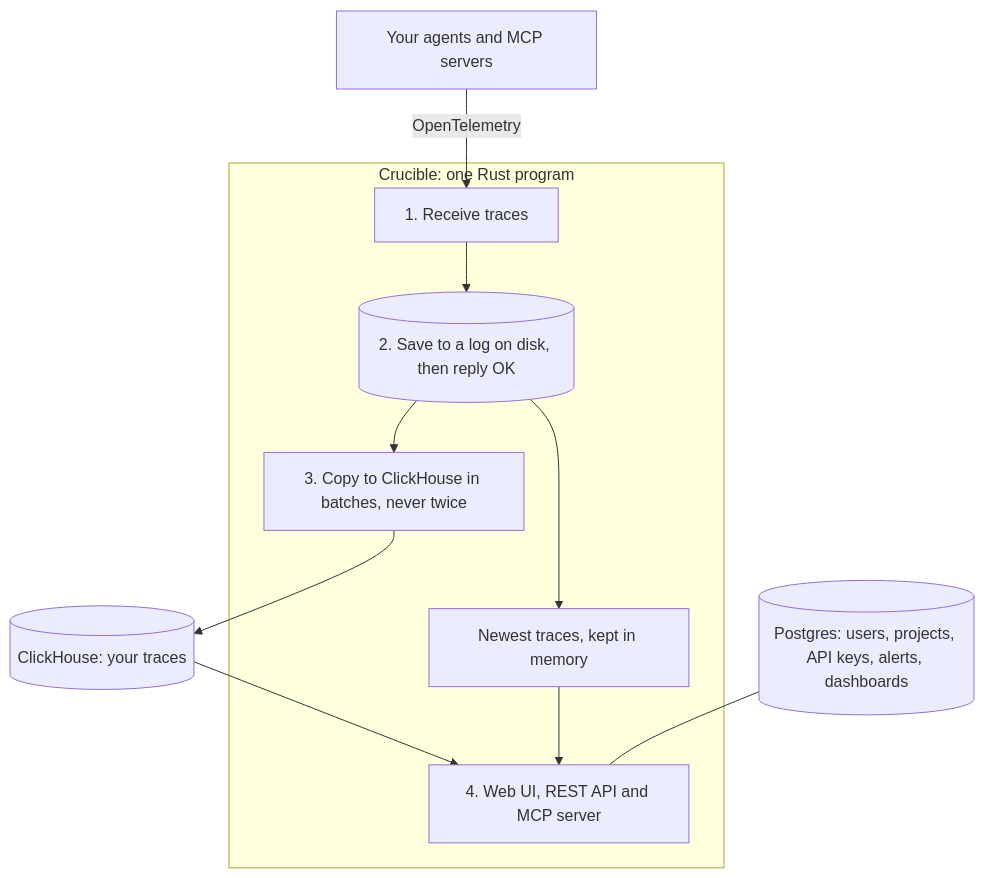
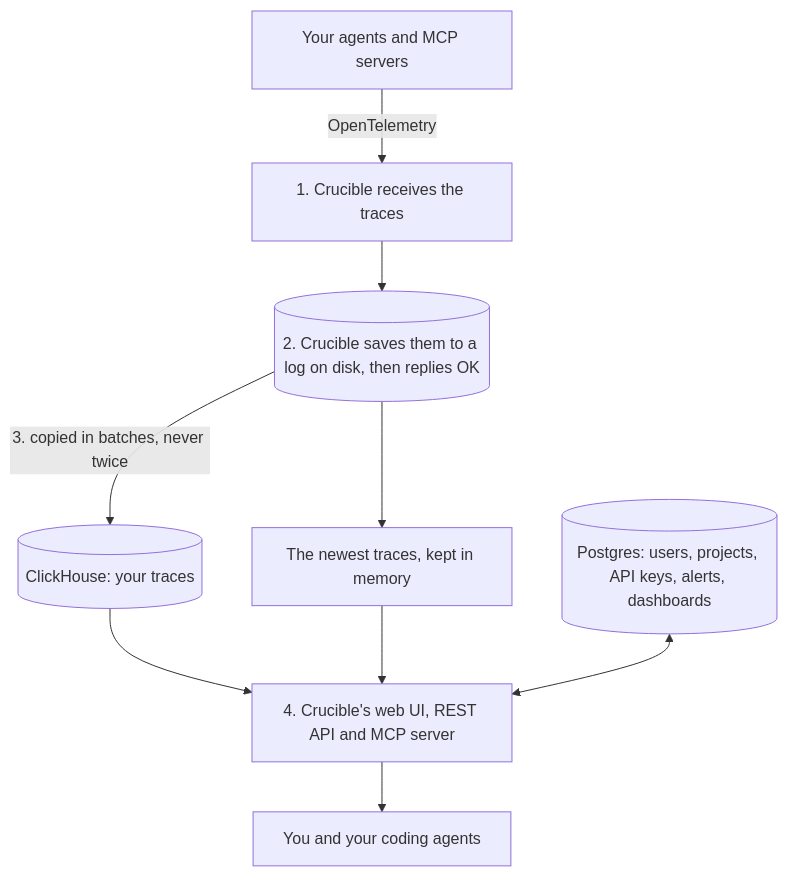
One commit to elm-os/crucible changed the diagram in README.md. Above: the diagram before and after it, drawn with Mermaid.

Commit message:
docs(readme): lay the diagram out top to bottom, with the stores in one row

````diff
--- a/README.md
+++ b/README.md
@@ -75,22 +75,21 @@
 ```mermaid
 flowchart TB
     apps["Your agents and MCP servers"]
-    subgraph crucible["Crucible: one Rust program"]
-        receive["1. Receive traces"]
-        log[("2. Save to a log on disk, then reply OK")]
-        memory["Newest traces, kept in memory"]
-        copy["3. Copy to ClickHouse in batches, never twice"]
-        read["4. Web UI, REST API and MCP server"]
-    end
+    receive["1. Crucible receives the traces"]
+    log[("2. Crucible saves them to a log on disk, then replies OK")]
     clickhouse[("ClickHouse: your traces")]
+    memory["The newest traces, kept in memory"]
     postgres[("Postgres: users, projects, API keys, alerts, dashboards")]
+    read["4. Crucible's web UI, REST API and MCP server"]
+    you["You and your coding agents"]
 
     apps -->|OpenTelemetry| receive
     receive --> log
+    log -->|"3. copied in batches, never twice"| clickhouse
     log --> memory
-    log --> copy
-    copy --> clickhouse
+    log ~~~ postgres
     clickhouse --> read
     memory --> read
-    postgres --- read
+    postgres <--> read
+    read --> you
 ```
````
